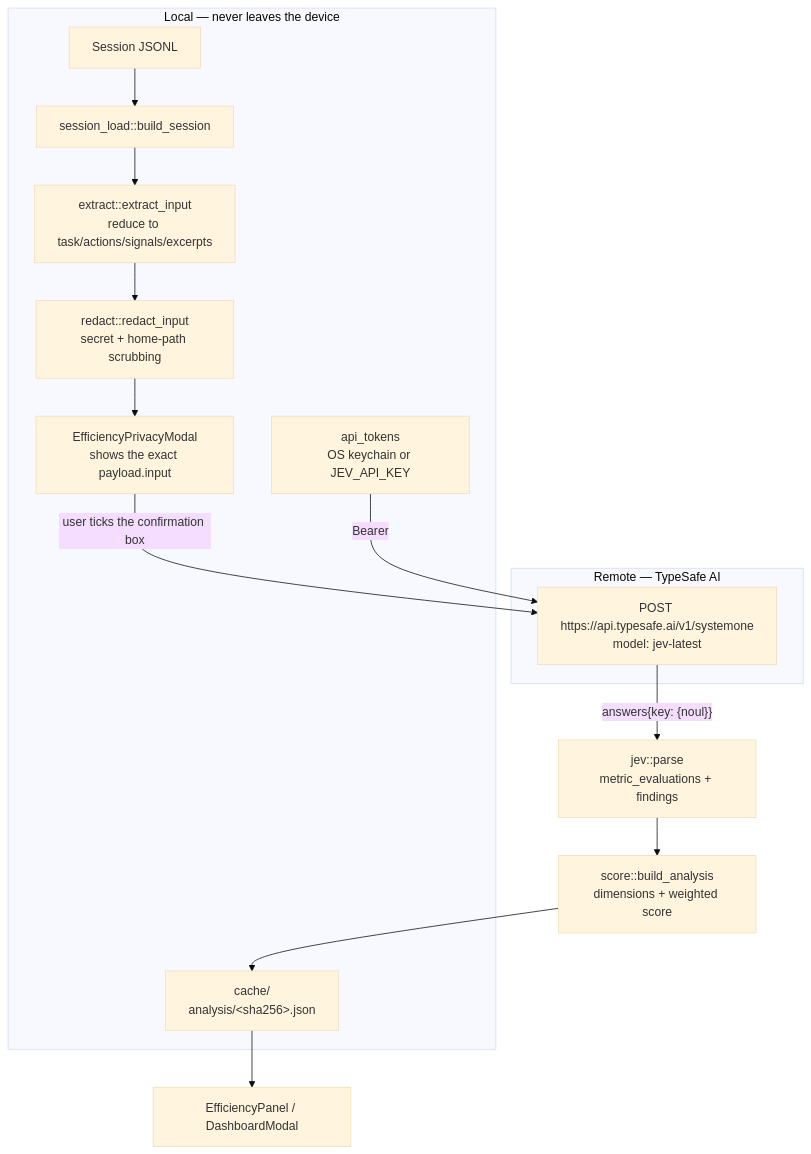
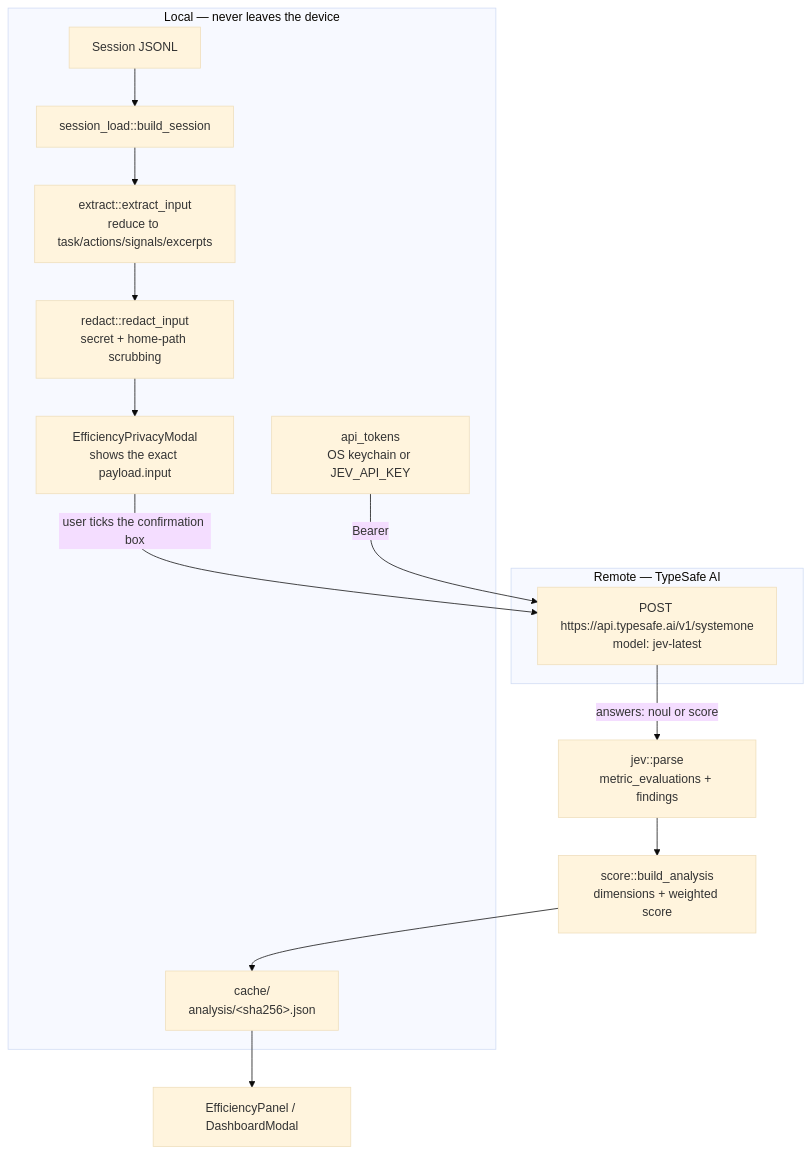
Before and after one commit to delexw/claude-code-trace: the first of 3 diagrams in specs/14-jev-integration.md, drawn with Mermaid (base theme). The commit also changed other lines of this file and 11 other files, not shown here.

````diff
--- a/specs/14-jev-integration.md
+++ b/specs/14-jev-integration.md
@@ -21,24 +24,24 @@
 ```mermaid
 graph TB
     subgraph Local["Local — never leaves the device"]
         JSONL["Session JSONL"]
         BUILD["session_load::build_session"]
         EXTRACT["extract::extract_input\nreduce to task/actions/signals/excerpts"]
         REDACT["redact::redact_input\nsecret + home-path scrubbing"]
         MODAL["EfficiencyPrivacyModal\nshows the exact payload.input"]
         CACHE["cache/\nanalysis/&lt;sha256&gt;.json"]
         KEY["api_tokens\nOS keychain or JEV_API_KEY"]
     end
 
     subgraph Remote["Remote — TypeSafe AI"]
         JEV["POST https://api.typesafe.ai/v1/systemone\nmodel: jev-latest"]
     end
 
     JSONL --> BUILD --> EXTRACT --> REDACT --> MODAL
     MODAL -->|"user ticks the confirmation box"| JEV
     KEY -->|"Bearer"| JEV
-    JEV -->|"answers{key: {noul}}"| PARSE["jev::parse\nmetric_evaluations + findings"]
+    JEV -->|"answers: noul or score"| PARSE["jev::parse\nmetric_evaluations + findings"]
     PARSE --> SCORE["score::build_analysis\ndimensions + weighted score"]
     SCORE --> CACHE
     CACHE --> PANEL["EfficiencyPanel / DashboardModal"]
 ```
````
